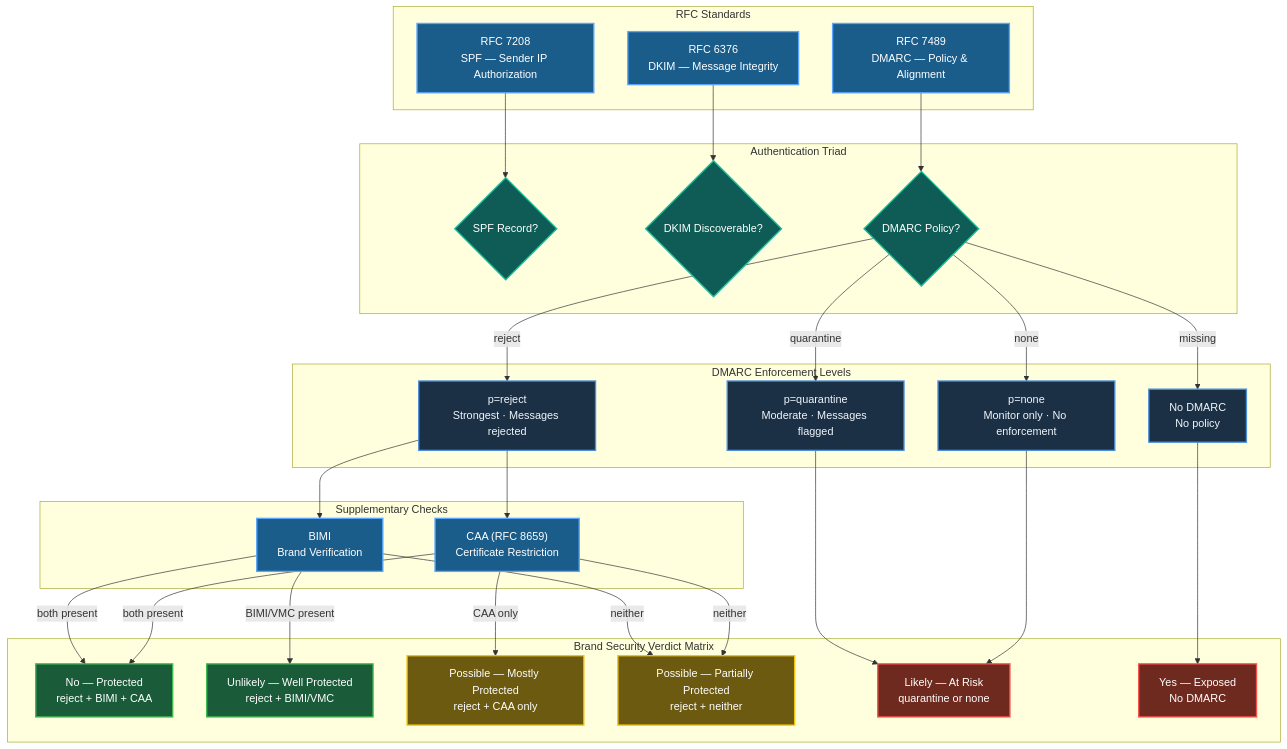
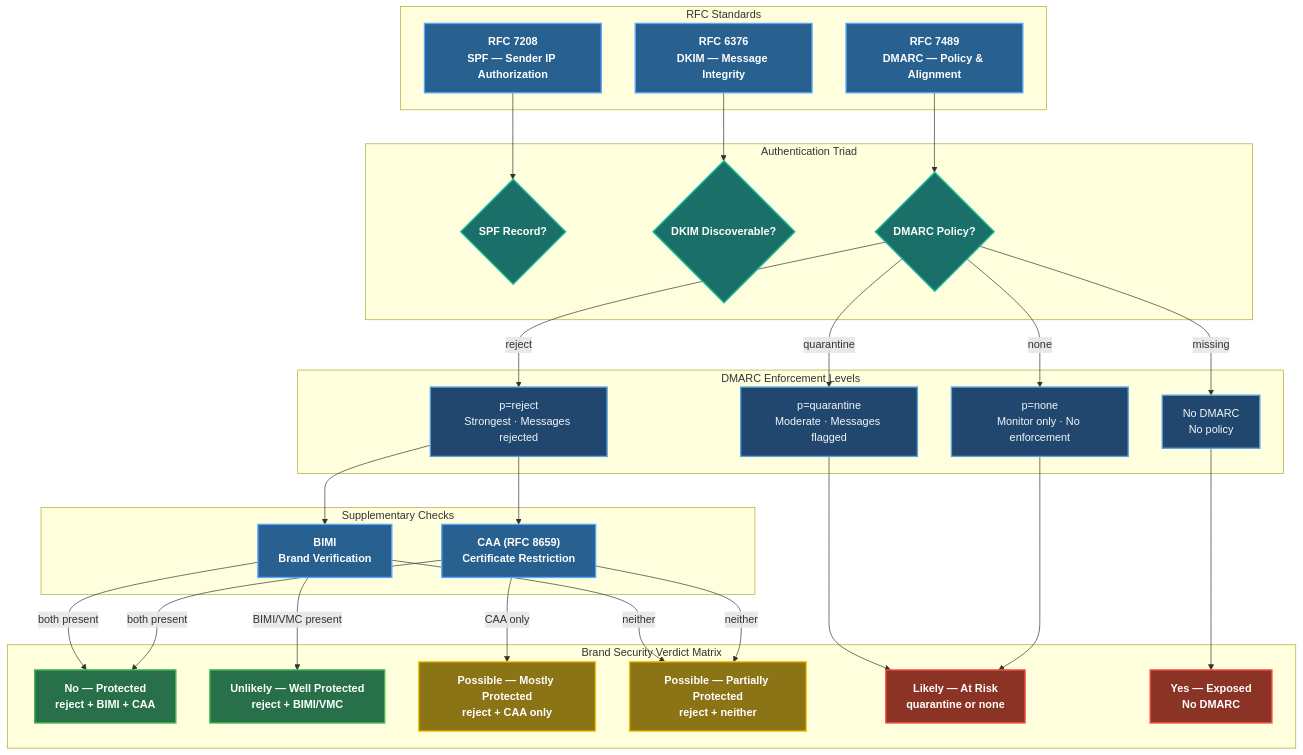
One commit to careyjames/DnsToolWeb changed the fifth of 7 diagrams in docs/architecture/SYSTEM_ARCHITECTURE.md. Above: the diagram before and after it, drawn with Mermaid. The commit also changed other lines of this file and 8 other files, not shown here.

First line of the commit message:
Improve visualization of system architecture diagrams with brighter, more vibrant colors

````diff
--- a/docs/architecture/SYSTEM_ARCHITECTURE.md
+++ b/docs/architecture/SYSTEM_ARCHITECTURE.md
@@ -251,65 +251,65 @@
 ```mermaid
 graph TB
     subgraph "RFC Standards"
         RFC7208["RFC 7208<br/>SPF — Sender IP Authorization"]
         RFC6376["RFC 6376<br/>DKIM — Message Integrity"]
         RFC7489["RFC 7489<br/>DMARC — Policy & Alignment"]
     end
 
     subgraph "Authentication Triad"
         SPFCheck{"SPF Record?"}
         DKIMCheck{"DKIM Discoverable?"}
         DMARCCheck{"DMARC Policy?"}
     end
 
     subgraph "DMARC Enforcement Levels"
         Reject["p=reject<br/>Strongest · Messages rejected"]
         Quarantine["p=quarantine<br/>Moderate · Messages flagged"]
         None["p=none<br/>Monitor only · No enforcement"]
         Missing["No DMARC<br/>No policy"]
     end
 
     subgraph "Supplementary Checks"
         BIMI2["BIMI<br/>Brand Verification"]
         CAA2["CAA (RFC 8659)<br/>Certificate Restriction"]
     end
 
     subgraph "Brand Security Verdict Matrix"
         Protected["No — Protected<br/>reject + BIMI + CAA"]
         WellP["Unlikely — Well Protected<br/>reject + BIMI/VMC"]
         MostlyP["Possible — Mostly Protected<br/>reject + CAA only"]
         PartialP["Possible — Partially Protected<br/>reject + neither"]
         AtRisk["Likely — At Risk<br/>quarantine or none"]
         Exposed["Yes — Exposed<br/>No DMARC"]
     end
 
     RFC7208 --> SPFCheck
     RFC6376 --> DKIMCheck
     RFC7489 --> DMARCCheck
     DMARCCheck -->|"reject"| Reject
     DMARCCheck -->|"quarantine"| Quarantine
     DMARCCheck -->|"none"| None
     DMARCCheck -->|"missing"| Missing
     Reject --> BIMI2 & CAA2
     BIMI2 & CAA2 -->|"both present"| Protected
     BIMI2 -->|"BIMI/VMC present"| WellP
     CAA2 -->|"CAA only"| MostlyP
     BIMI2 & CAA2 -->|"neither"| PartialP
     Quarantine --> AtRisk
     None --> AtRisk
     Missing --> Exposed
 
-    classDef default fill:#1b2f45,stroke:#4a90d9,stroke-width:2px,color:#f0f6fc
-    classDef safe fill:#1a5c3a,stroke:#3fb950,stroke-width:2px,color:#fff
-    classDef warn fill:#6b5a10,stroke:#f1c40f,stroke-width:2px,color:#fff
-    classDef danger fill:#6e2a1e,stroke:#f85149,stroke-width:2px,color:#fff
-    classDef rfc fill:#1a5c8a,stroke:#58a6ff,stroke-width:2px,color:#fff
-    classDef check fill:#0e5c55,stroke:#1abc9c,stroke-width:2px,color:#fff
+    classDef default fill:#22476e,stroke:#5ba3e0,stroke-width:2px,color:#f0f6fc
+    classDef safe fill:#28704a,stroke:#3fb950,stroke-width:2px,color:#fff,font-weight:bold
+    classDef warn fill:#8a7415,stroke:#f1c40f,stroke-width:2px,color:#fff,font-weight:bold
+    classDef danger fill:#8b3325,stroke:#f85149,stroke-width:2px,color:#fff,font-weight:bold
+    classDef rfc fill:#28608f,stroke:#58a6ff,stroke-width:2px,color:#fff,font-weight:bold
+    classDef check fill:#1a7068,stroke:#1abc9c,stroke-width:2px,color:#fff,font-weight:bold
     class Protected,WellP safe
     class MostlyP,PartialP warn
     class AtRisk,Exposed danger
     class RFC7208,RFC6376,RFC7489 rfc
     class SPFCheck,DKIMCheck,DMARCCheck check
     class Reject,Quarantine,None,Missing default
     class BIMI2,CAA2 rfc
 ```
````
